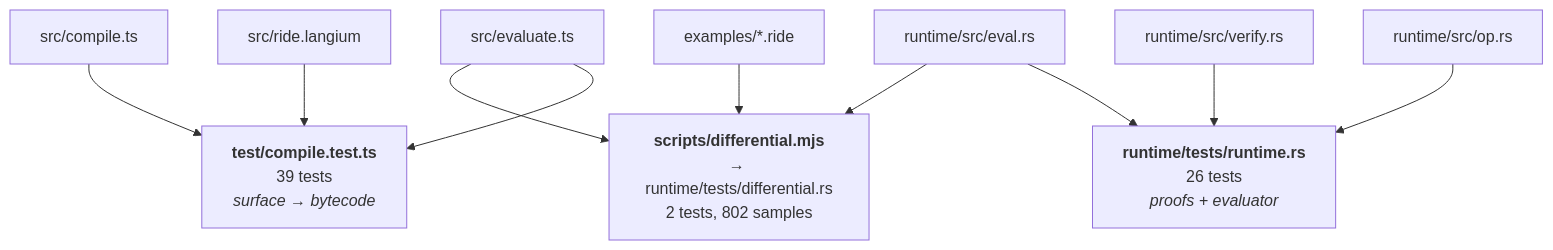
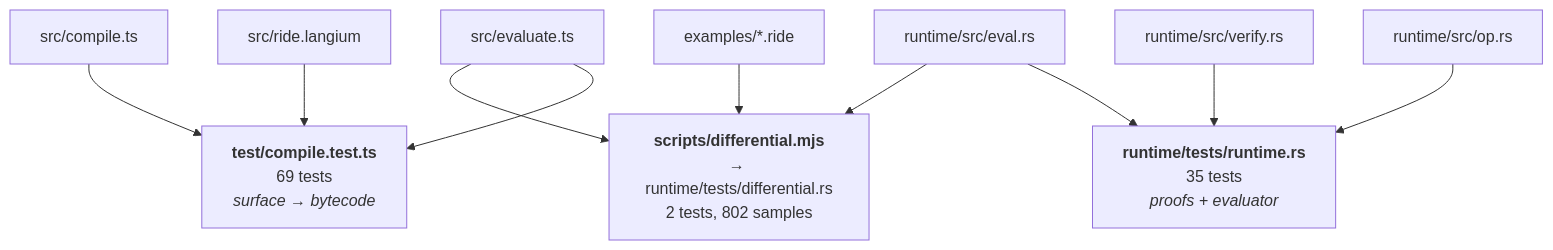
One commit to intaniger/ride-lang changed the first of 2 diagrams in docs/07-testing.md. Above: the diagram before and after it, drawn with Mermaid. The commit also changed other lines of this file and 3 other files, not shown here.

First line of the commit message:
docs: update the test counts after the per-commit tests

````diff
--- a/docs/07-testing.md
+++ b/docs/07-testing.md
@@ -63,14 +63,14 @@
 ```mermaid
 flowchart TD
   G["src/ride.langium"] --> FT
-  C["src/compile.ts"] --> FT["<b>test/compile.test.ts</b><br/>39 tests<br/><i>surface → bytecode</i>"]
+  C["src/compile.ts"] --> FT["<b>test/compile.test.ts</b><br/>69 tests<br/><i>surface → bytecode</i>"]
   EVT["src/evaluate.ts"] --> FT
 
   OP["runtime/src/op.rs"] --> RT
-  VER["runtime/src/verify.rs"] --> RT["<b>runtime/tests/runtime.rs</b><br/>26 tests<br/><i>proofs + evaluator</i>"]
+  VER["runtime/src/verify.rs"] --> RT["<b>runtime/tests/runtime.rs</b><br/>35 tests<br/><i>proofs + evaluator</i>"]
   RUN["runtime/src/eval.rs"] --> RT
 
   EVT --> DH["<b>scripts/differential.mjs</b><br/>→ runtime/tests/differential.rs<br/>2 tests, 802 samples"]
   RUN --> DH
   EX["examples/*.ride"] --> DH
 ```
````
